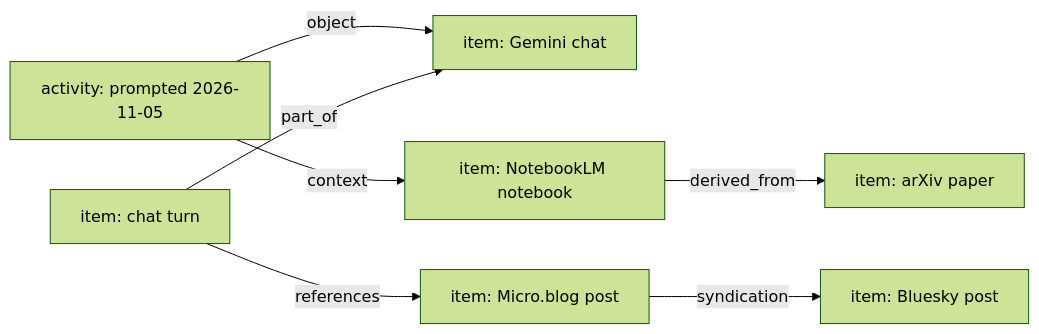
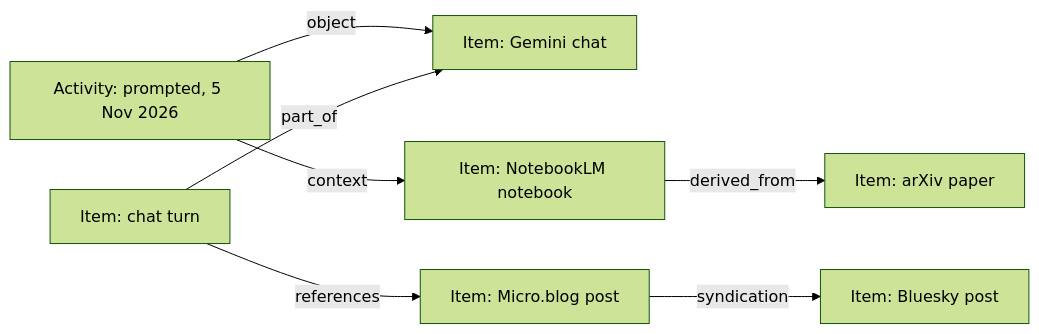
One commit to thompsonson/lestash changed the diagram in docs/content-and-activity-ontology-design.md. Above: the diagram before and after it, drawn with Mermaid (forest theme).

Commit message:
docs: use quoted labels in the ontology diagram
GitHub failed to render the first diagram; use flowchart with quoted
node labels and -->|label| edges.

Claude-Session: https://claude.ai/code/session_01QXTKEJnXU6Kk3qfgRfVbqV

````diff
--- a/docs/content-and-activity-ontology-design.md
+++ b/docs/content-and-activity-ontology-design.md
@@ -169,9 +169,9 @@
 ```mermaid
-graph LR
-  A[activity: prompted 2026-11-05] -- object --> C[item: Gemini chat]
-  A -- context --> N[item: NotebookLM notebook]
-  N -- derived_from --> P[item: arXiv paper]
-  T[item: chat turn] -- part_of --> C
-  T -- references --> M[item: Micro.blog post]
-  M -- syndication --> B[item: Bluesky post]
+flowchart LR
+  A["Activity: prompted, 5 Nov 2026"] -->|object| C["Item: Gemini chat"]
+  A -->|context| N["Item: NotebookLM notebook"]
+  N -->|derived_from| P["Item: arXiv paper"]
+  T["Item: chat turn"] -->|part_of| C
+  T -->|references| M["Item: Micro.blog post"]
+  M -->|syndication| B["Item: Bluesky post"]
 ```
````
